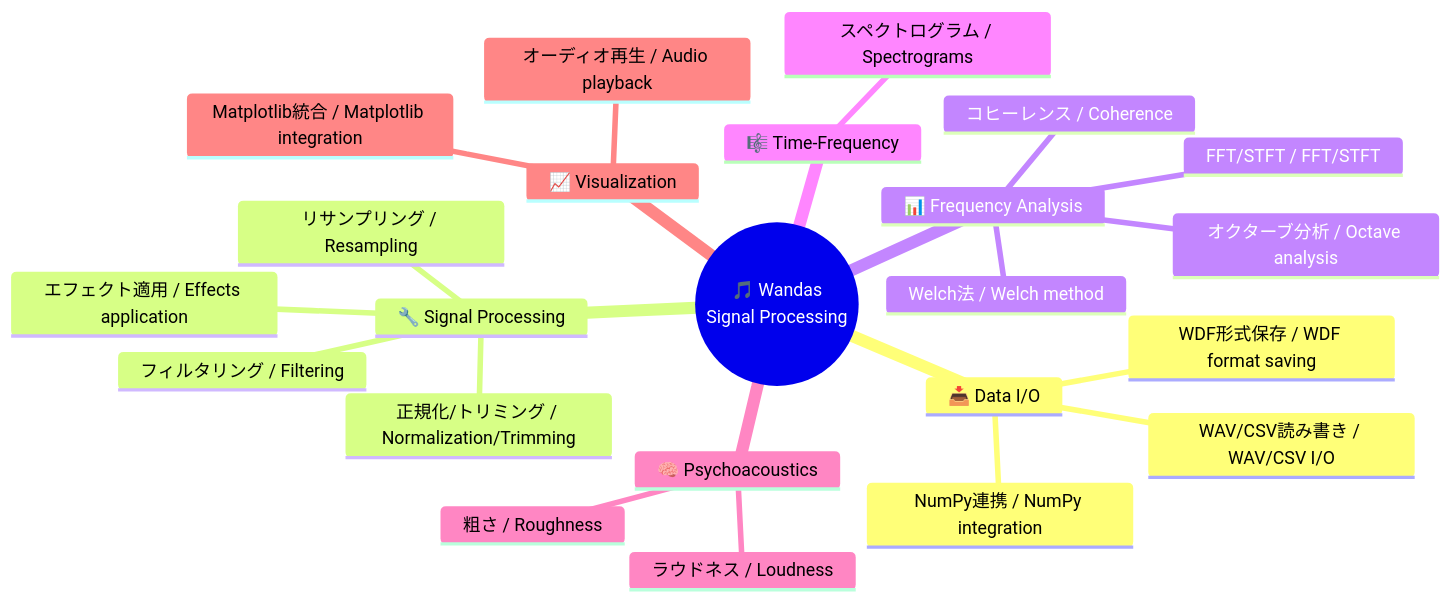
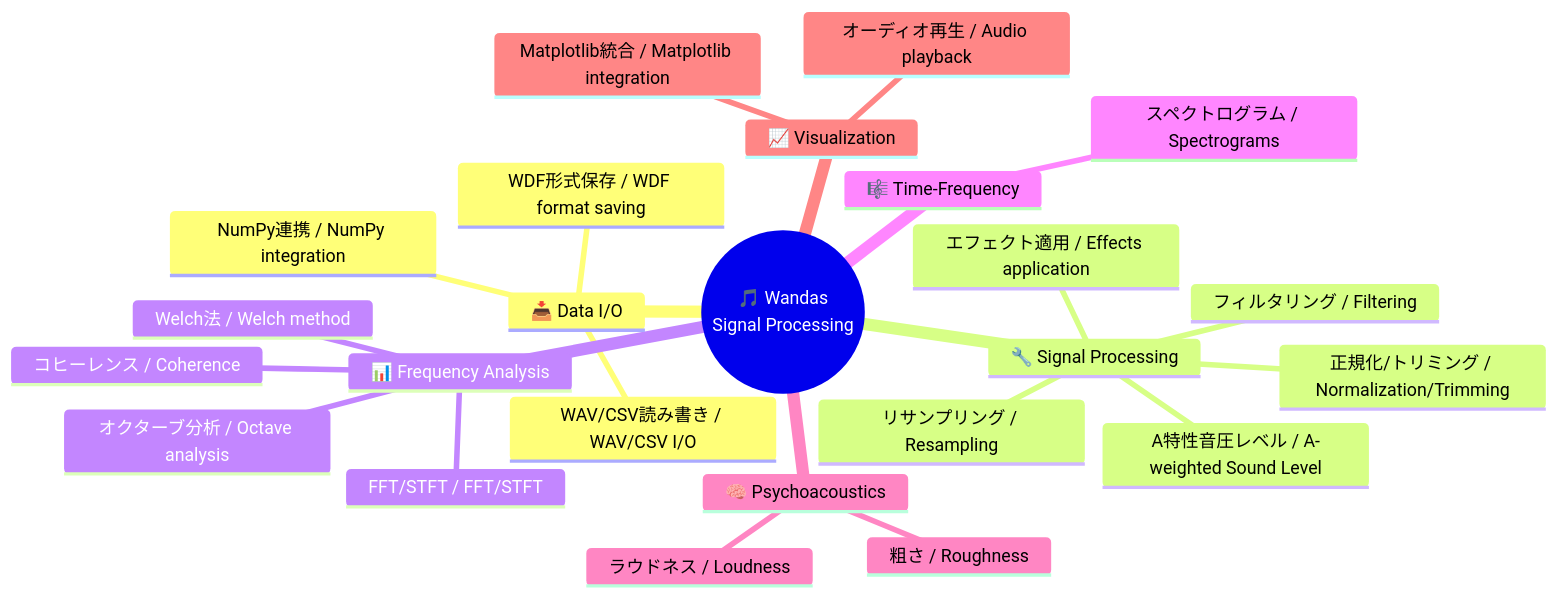
One commit to kasahart/wandas changed the diagram in README.md. Above: the diagram before and after it, drawn with Mermaid. The commit also changed other lines of this file and 6 other files, not shown here.

First line of the commit message:
Add time-weighted A-weighted sound level (SoundLevel/LAF/LAS) with IEC 61672-1 time constants

````diff
--- a/README.md
+++ b/README.md
@@ -108,26 +109,27 @@
 ```mermaid
 mindmap
   root((🎵 Wandas<br/>Signal Processing))
     📥 Data I/O
       WAV/CSV読み書き / WAV/CSV I/O
       WDF形式保存 / WDF format saving
       NumPy連携 / NumPy integration
     🔧 Signal Processing
       フィルタリング / Filtering
       正規化/トリミング / Normalization/Trimming
       リサンプリング / Resampling
       エフェクト適用 / Effects application
+      A特性音圧レベル / A-weighted Sound Level
     📊 Frequency Analysis
       FFT/STFT / FFT/STFT
       Welch法 / Welch method
       コヒーレンス / Coherence
       オクターブ分析 / Octave analysis
     🎼 Time-Frequency
       スペクトログラム / Spectrograms
     🧠 Psychoacoustics
       ラウドネス / Loudness
       粗さ / Roughness
     📈 Visualization
       Matplotlib統合 / Matplotlib integration
       オーディオ再生 / Audio playback
 ```
````
